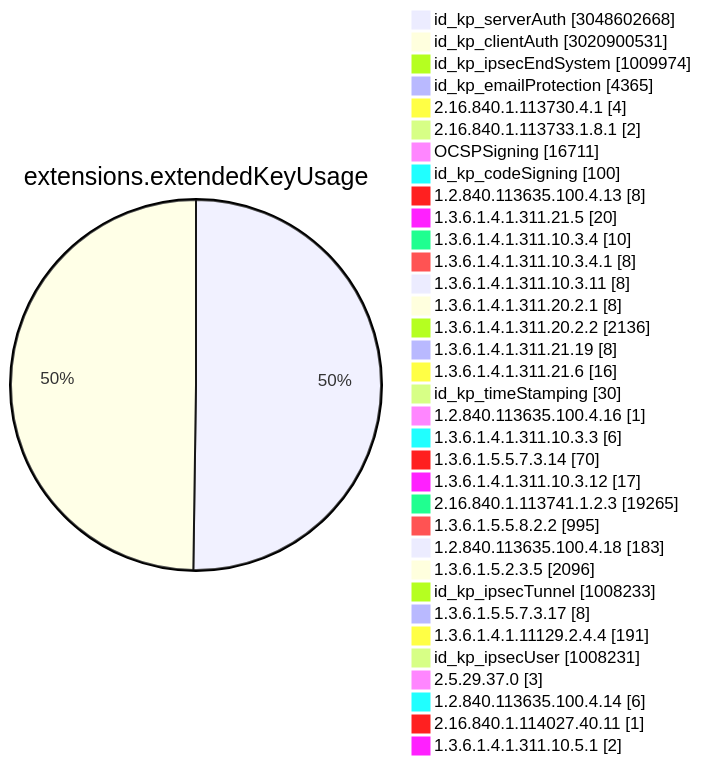
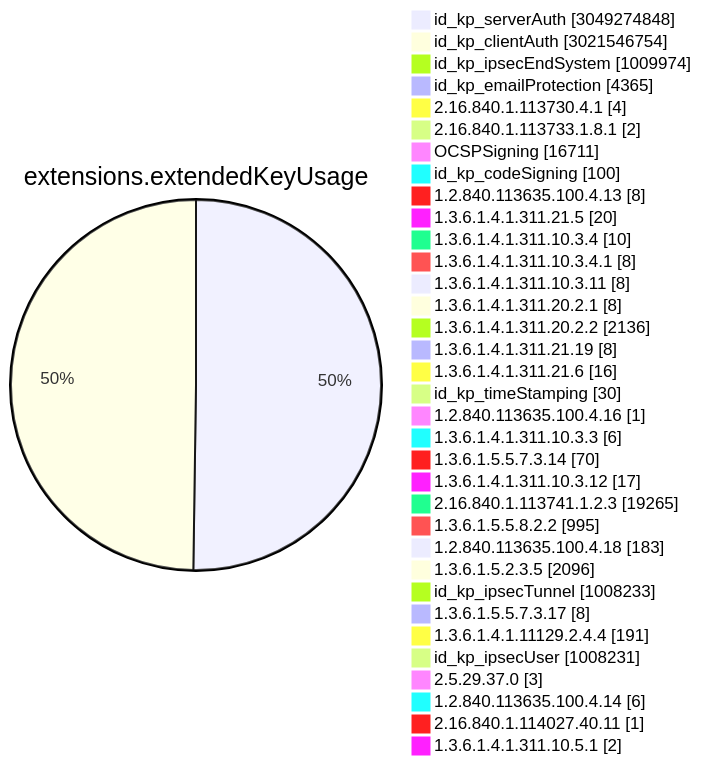
Diagram 11 of 15 in TOTAL/README.md (christiankrug/ctmonitor_visualization), drawn with Mermaid before and after one commit. The commit also changed other lines of this file, not shown here.

````diff
--- a/TOTAL/README.md
+++ b/TOTAL/README.md
@@ -4116,38 +4116,38 @@
 ```mermaid
 pie showData
 title extensions.extendedKeyUsage
-"id_kp_serverAuth" :3048602668
-"id_kp_clientAuth" :3020900531
+"id_kp_serverAuth" :3049274848
+"id_kp_clientAuth" :3021546754
 "id_kp_ipsecEndSystem" :1009974
 "id_kp_emailProtection" :4365
 "2.16.840.1.113730.4.1" :4
 "2.16.840.1.113733.1.8.1" :2
 "OCSPSigning" :16711
 "id_kp_codeSigning" :100
 "1.2.840.113635.100.4.13" :8
 "1.3.6.1.4.1.311.21.5" :20
 "1.3.6.1.4.1.311.10.3.4" :10
 "1.3.6.1.4.1.311.10.3.4.1" :8
 "1.3.6.1.4.1.311.10.3.11" :8
 "1.3.6.1.4.1.311.20.2.1" :8
 "1.3.6.1.4.1.311.20.2.2" :2136
 "1.3.6.1.4.1.311.21.19" :8
 "1.3.6.1.4.1.311.21.6" :16
 "id_kp_timeStamping" :30
 "1.2.840.113635.100.4.16" :1
 "1.3.6.1.4.1.311.10.3.3" :6
 "1.3.6.1.5.5.7.3.14" :70
 "1.3.6.1.4.1.311.10.3.12" :17
 "2.16.840.1.113741.1.2.3" :19265
 "1.3.6.1.5.5.8.2.2" :995
 "1.2.840.113635.100.4.18" :183
 "1.3.6.1.5.2.3.5" :2096
 "id_kp_ipsecTunnel" :1008233
 "1.3.6.1.5.5.7.3.17" :8
 "1.3.6.1.4.1.11129.2.4.4" :191
 "id_kp_ipsecUser" :1008231
 "2.5.29.37.0" :3
 "1.2.840.113635.100.4.14" :6
 "2.16.840.1.114027.40.11" :1
 "1.3.6.1.4.1.311.10.5.1" :2
 ```
````
